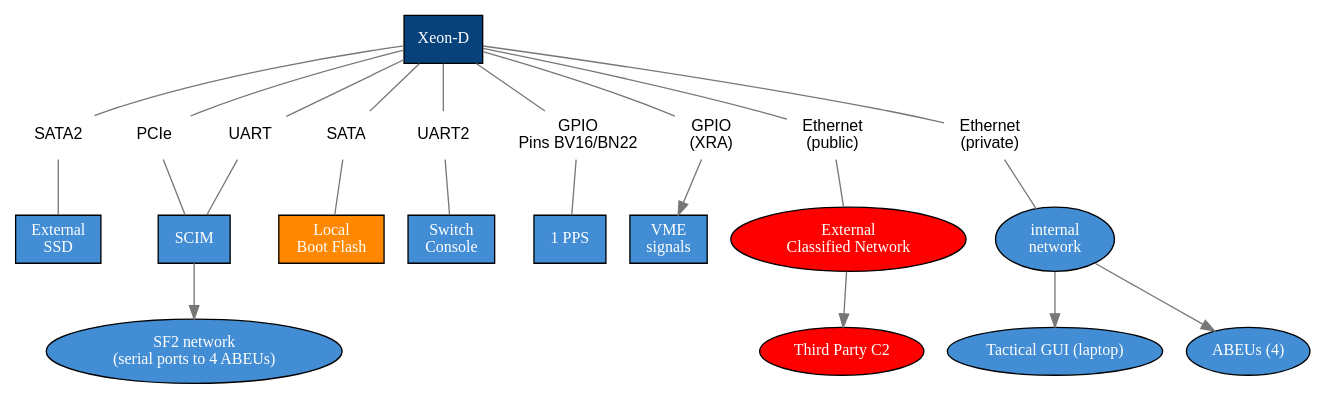
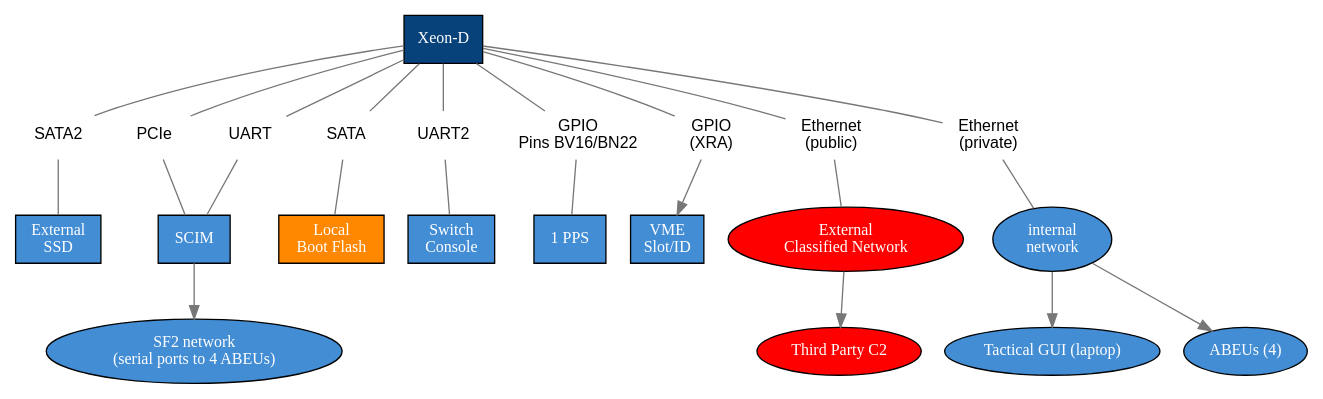
The diagram in img/interface.dot (jjjesus/XeonInterface), drawn with Graphviz before and after one commit. The commit also changed 2 other files, not shown here.

```diff
--- a/img/interface.dot
+++ b/img/interface.dot
@@ -1,98 +1,98 @@
 digraph G {
     node [shape=rect style=filled
          fontcolor=white fontsize=12 fontname="Helvetica Bold"]
     edge [style=solid color="#777777"]
 
     // Main processor
     //
     XeonD         [fillcolor="#08427b" label="Xeon-D"]
 
     // Externals
     //
     ssd [fillcolor="#438dd5" label="External\nSSD"]
     scim [fillcolor="#438dd5" label="SCIM"]
     bootf [fillcolor="#FF8800" label="Local\nBoot Flash" ]
     pps [fillcolor="#438dd5" label="1 PPS" ]
     switch_console [fillcolor="#438dd5" label="Switch\nConsole" ]
-    vme_signals [fillcolor="#438dd5" label="VME\nsignals"]
+    slot_id_signals [fillcolor="#438dd5" label="VME\nSlot/ID"]
 
     sf2_network [shape=ellipse fillcolor="#438dd5" label="SF2 network\n(serial ports to 4 ABEUs)"]
     priv_network [shape=ellipse fillcolor="#438dd5" label="internal\nnetwork"]
     trui [shape=ellipse fillcolor="#438dd5" label="Tactical GUI (laptop)"]
     abeus [shape=ellipse fillcolor="#438dd5" label="ABEUs (4)"]
 
     pub_network [shape=ellipse fillcolor="#FF0000" label="External\nClassified Network" ]
 
     c2 [shape=ellipse fillcolor="#FF0000" label="Third Party C2" ]
 
     // Connectors
     //
     sata2
                 [fillcolor=white
                 style="filled,setlinewidth(0)"
                 fontcolor=black fontname="Helvetica" shape=plaintext label="SATA2"]
     pcie
                 [fillcolor=white
                 style="filled,setlinewidth(0)"
                 fontcolor=black fontname="Helvetica" shape=plaintext label="PCIe"]
 
     sata
                 [fillcolor=white
                 style="filled,setlinewidth(0)"
                 fontcolor=black fontname="Helvetica" shape=plaintext label="SATA"]
 
     uart
                 [fillcolor=white
                 style="filled,setlinewidth(0)"
                 fontcolor=black fontname="Helvetica" shape=plaintext label="UART"]
 
     uart2
                 [fillcolor=white
                 style="filled,setlinewidth(0)"
                 fontcolor=black fontname="Helvetica" shape=plaintext label="UART2"]
 
     gpio
                 [fillcolor=white
                 style="filled,setlinewidth(0)"
                 fontcolor=black fontname="Helvetica" shape=plaintext label="GPIO\nPins BV16/BN22"]
 
     gpio_xra
                 [fillcolor=white
                 style="filled,setlinewidth(0)"
                 fontcolor=black fontname="Helvetica" shape=plaintext label="GPIO\n(XRA)"]
 
     eth_pub
                 [fillcolor=white
                 style="filled,setlinewidth(0)"
                 fontcolor=black fontname="Helvetica" shape=plaintext label="Ethernet\n(public)"]
 
     eth_priv
                 [fillcolor=white
                 style="filled,setlinewidth(0)"
                 fontcolor=black fontname="Helvetica" shape=plaintext label="Ethernet\n(private)"]
 
     XeonD -> sata [dir=none]
     XeonD -> sata2 [dir=none]
     XeonD -> pcie [dir=none]
     XeonD -> uart [dir=none]
     XeonD -> uart2 [dir=none]
     XeonD -> gpio [dir=none]
     XeonD -> gpio_xra [dir=none]
     XeonD -> eth_priv [dir=none]
     XeonD -> eth_pub [dir=none]
 
     sata -> bootf [dir=none]
     sata2 -> ssd [dir=none]
     pcie -> scim [dir=none]
     uart -> scim [dir=none]
     uart2 -> switch_console [dir=none]
     gpio -> pps [dir=none]
-    gpio_xra -> vme_signals
+    gpio_xra -> slot_id_signals
     eth_priv -> priv_network [dir=none]
     eth_pub -> pub_network [dir=none]
 
     scim -> sf2_network
     priv_network -> trui
     priv_network -> abeus
     pub_network -> c2
 }
```
